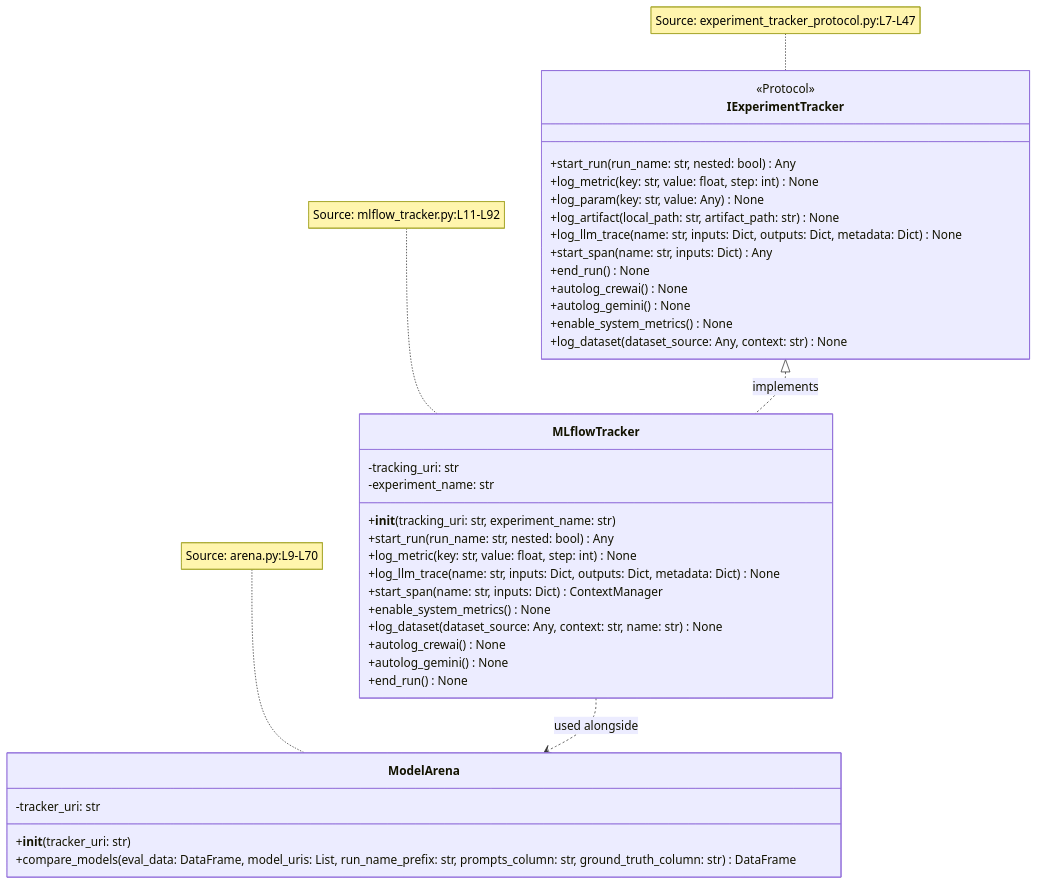
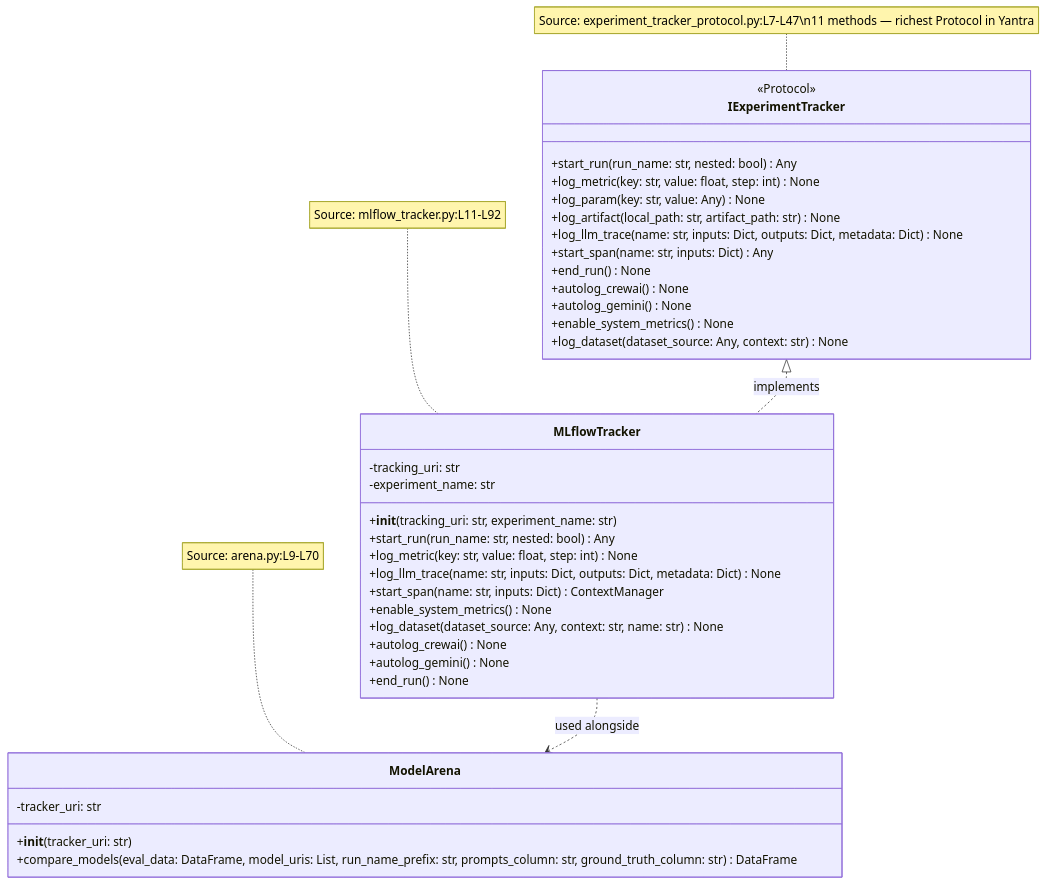
The first of 6 diagrams in docs/paper/modules/observability/architecture.md (NikhilVijayakumar/Yantra), drawn with Mermaid before and after one commit. The commit also changed other lines of this file and 24 other files, not shown here.

````diff
--- a/docs/paper/modules/observability/architecture.md
+++ b/docs/paper/modules/observability/architecture.md
@@ -7,45 +7,45 @@
 ```mermaid
 classDiagram
     class IExperimentTracker {
         <<Protocol>>
         +start_run(run_name: str, nested: bool) Any
         +log_metric(key: str, value: float, step: int) None
         +log_param(key: str, value: Any) None
         +log_artifact(local_path: str, artifact_path: str) None
         +log_llm_trace(name: str, inputs: Dict, outputs: Dict, metadata: Dict) None
         +start_span(name: str, inputs: Dict) Any
         +end_run() None
         +autolog_crewai() None
         +autolog_gemini() None
         +enable_system_metrics() None
         +log_dataset(dataset_source: Any, context: str) None
     }
 
     class MLflowTracker {
         -tracking_uri: str
         -experiment_name: str
         +__init__(tracking_uri: str, experiment_name: str)
         +start_run(run_name: str, nested: bool) Any
         +log_metric(key: str, value: float, step: int) None
         +log_llm_trace(name: str, inputs: Dict, outputs: Dict, metadata: Dict) None
         +start_span(name: str, inputs: Dict) ContextManager
         +enable_system_metrics() None
         +log_dataset(dataset_source: Any, context: str, name: str) None
         +autolog_crewai() None
         +autolog_gemini() None
         +end_run() None
     }
 
     class ModelArena {
         -tracker_uri: str
         +__init__(tracker_uri: str)
         +compare_models(eval_data: DataFrame, model_uris: List, run_name_prefix: str, prompts_column: str, ground_truth_column: str) DataFrame
     }
 
     IExperimentTracker <|.. MLflowTracker : implements
     MLflowTracker ..> ModelArena : used alongside
 
-    note for IExperimentTracker "Source: experiment_tracker_protocol.py:L7-L47"
+    note for IExperimentTracker "Source: experiment_tracker_protocol.py:L7-L47\n11 methods — richest Protocol in Yantra"
     note for MLflowTracker "Source: mlflow_tracker.py:L11-L92"
     note for ModelArena "Source: arena.py:L9-L70"
 ```
````
